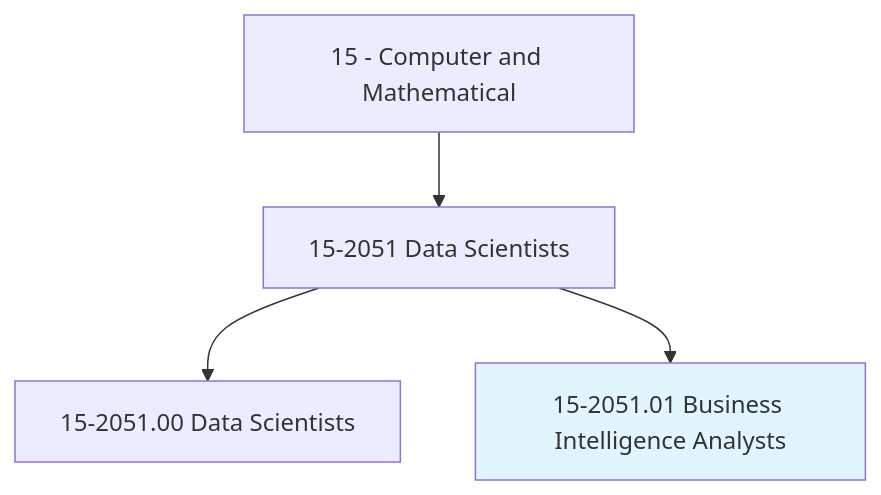
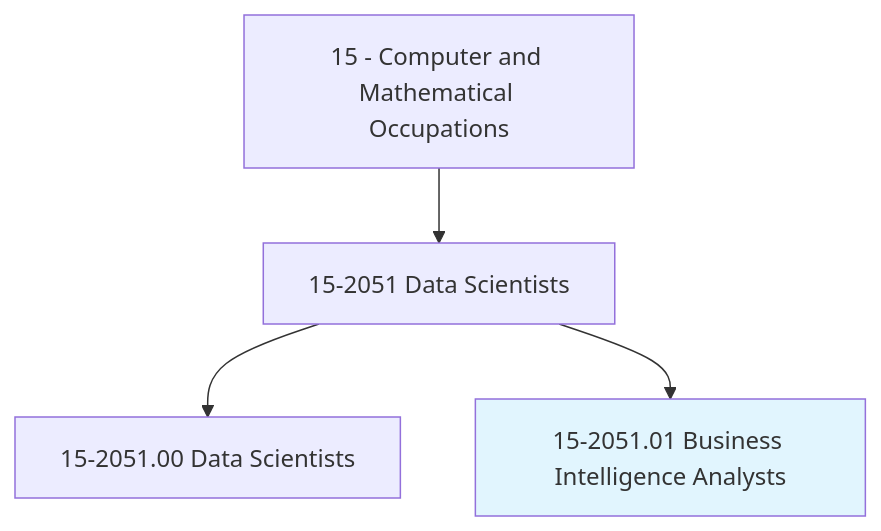
Before and after one commit to kziemski/business.org.ai: the first of 4 diagrams in occupations/Technology/BusinessIntelligenceAnalysts.mdx, drawn with Mermaid. The commit also changed other lines of this file and 938 other files, not shown here.

````diff
--- a/occupations/Technology/BusinessIntelligenceAnalysts.mdx
+++ b/occupations/Technology/BusinessIntelligenceAnalysts.mdx
@@ -19,7 +23,7 @@
 ```mermaid
 graph TD
-    Cat15["15 - Computer and Mathematical"] --> Group152051["15-2051 Data Scientists"]
+    Cat15["15 - Computer and Mathematical Occupations"] --> Group152051["15-2051 Data Scientists"]
     Group152051 --> Base["15-2051.00 Data Scientists"]
     Group152051 --> Current["15-2051.01 Business Intelligence Analysts"]
     style Current fill:#e1f5fe
 ```
````
